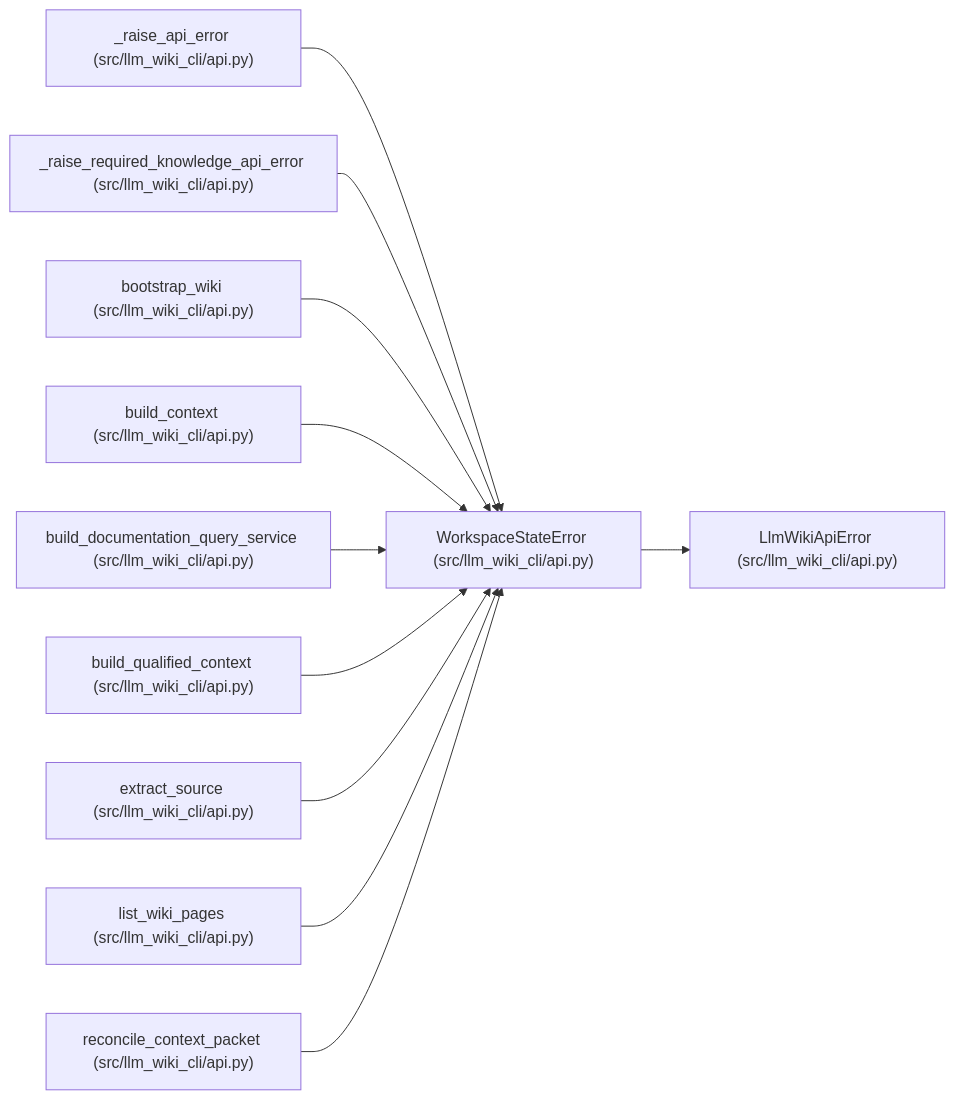
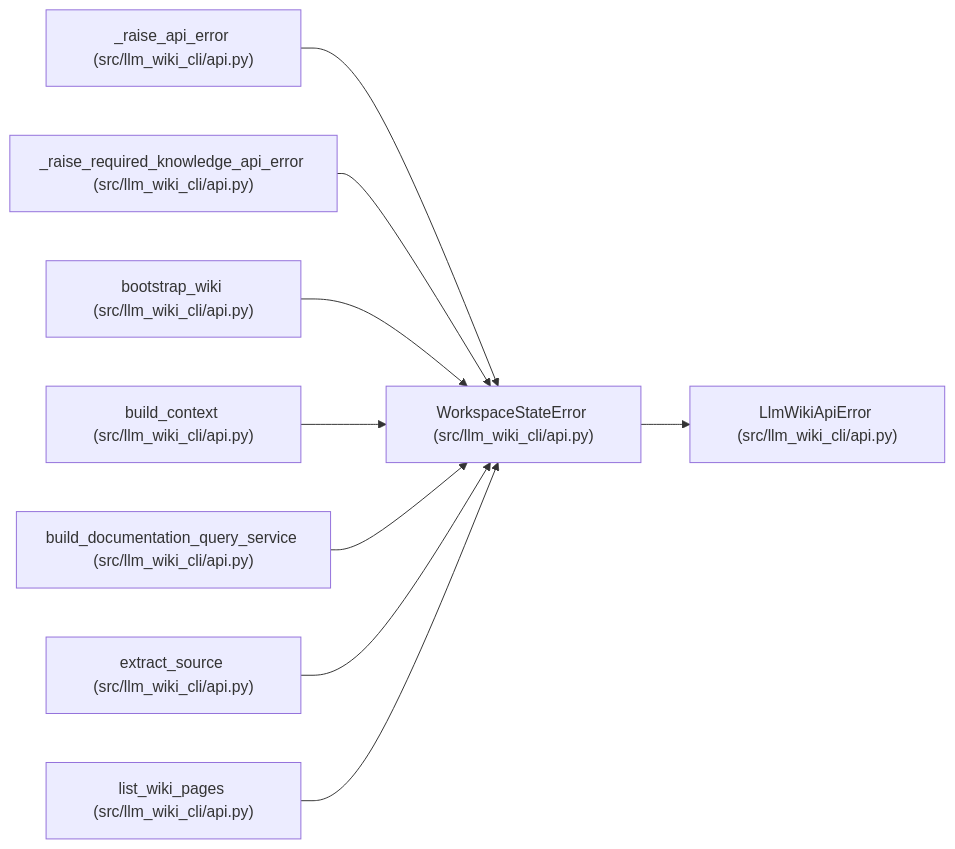
Before and after one commit to Denissvgn/python-wiki-llm: the diagram in docs/llm_wiki/entities/WorkspaceStateError.md, drawn with Mermaid. The commit also changed other lines of this file and 398 other files, not shown here.

````diff
--- a/docs/llm_wiki/entities/WorkspaceStateError.md
+++ b/docs/llm_wiki/entities/WorkspaceStateError.md
@@ -23,35 +23,29 @@
 ```mermaid
 flowchart LR
     n0["WorkspaceStateError (src/llm_wiki_cli/api.py)"]
     n1["LlmWikiApiError (src/llm_wiki_cli/api.py)"]
     n2["_raise_api_error (src/llm_wiki_cli/api.py)"]
     n3["_raise_required_knowledge_api_error (src/llm_wiki_cli/api.py)"]
     n4["bootstrap_wiki (src/llm_wiki_cli/api.py)"]
     n5["build_context (src/llm_wiki_cli/api.py)"]
     n6["build_documentation_query_service (src/llm_wiki_cli/api.py)"]
-    n7["build_qualified_context (src/llm_wiki_cli/api.py)"]
-    n8["extract_source (src/llm_wiki_cli/api.py)"]
-    n9["list_wiki_pages (src/llm_wiki_cli/api.py)"]
-    n10["reconcile_context_packet (src/llm_wiki_cli/api.py)"]
+    n7["extract_source (src/llm_wiki_cli/api.py)"]
+    n8["list_wiki_pages (src/llm_wiki_cli/api.py)"]
     n0 --> n1
     n2 --> n0
     n3 --> n0
     n4 --> n0
     n5 --> n0
     n6 --> n0
     n7 --> n0
     n8 --> n0
-    n9 --> n0
-    n10 --> n0
     click n0 "../modules/api.md"
     click n1 "../modules/api.md"
     click n2 "../modules/api.md"
     click n3 "../modules/api.md"
     click n4 "../modules/api.md"
     click n5 "../modules/api.md"
     click n6 "../modules/api.md"
     click n7 "../modules/api.md"
     click n8 "../modules/api.md"
-    click n9 "../modules/api.md"
-    click n10 "../modules/api.md"
 ```
````
